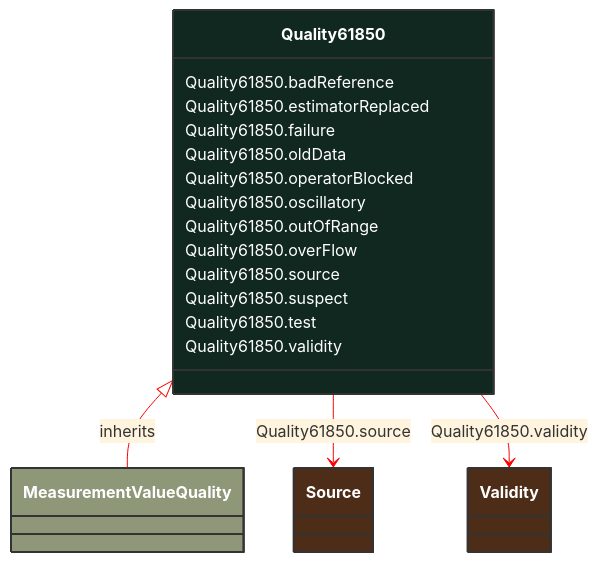
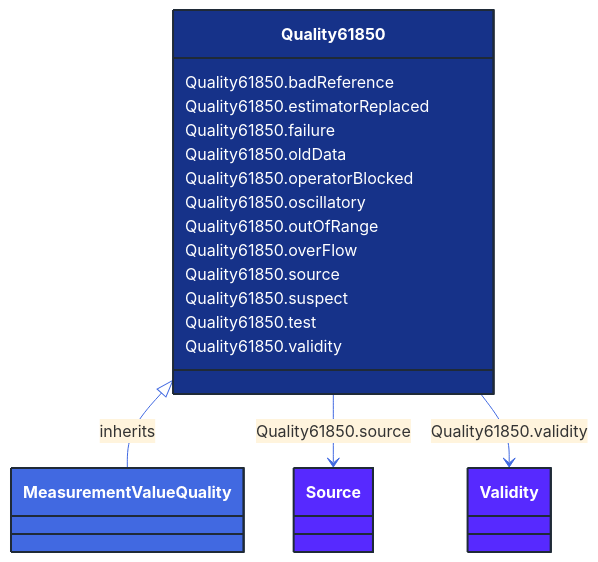
One commit to 3lbits/NoCIMExtensions changed the diagram in docs/Models/Profiles/Operation/AbstractClasses/Quality61850.md. Above: the diagram before and after it, drawn with Mermaid. The commit also changed 362 other files, not shown here.

First line of the commit message:
Update diagrams and styles for improved visual consistency

````diff
--- a/docs/Models/Profiles/Operation/AbstractClasses/Quality61850.md
+++ b/docs/Models/Profiles/Operation/AbstractClasses/Quality61850.md
@@ -10,38 +10,38 @@
 ```mermaid
-%%{init: {'theme':'base','themeVariables': {'lineColor': '#FF0000'}}}%%
+%%{init: {'theme':'base','themeVariables': {'lineColor': '#4169E1'}}}%%
 classDiagram
     class Quality61850
     click Quality61850 href "/Models/Profiles/Operation/AbstractClasses/Quality61850/"
-    style Quality61850 fill:#102820,stroke:#333,stroke-width:2px,rx:10,ry:10,color:white
+    style Quality61850 fill:#163289,stroke:#1F2A37,stroke-width:2px,rx:10,ry:10,color:white
 
         Quality61850 <|-- MeasurementValueQuality : inherits
 
         MeasurementValueQuality
             click MeasurementValueQuality href "/Models/Profiles/Operation/ConcreteClasses/MeasurementValueQuality/"
-            style MeasurementValueQuality fill:#8F9779,stroke:#333,stroke-width:2px,rx:10,ry:10,color:white
+            style MeasurementValueQuality fill:#4169E1,stroke:#1F2A37,stroke-width:2px,rx:10,ry:10,color:white
 
 
         Quality61850 --> Source : Quality61850.source
 
         Source
             click Source href "/Models/Profiles/Operation/Enumerations/Source/"
-            style Source fill:#4D2D18,stroke:#333,stroke-width:2px,rx:10,ry:10,color:white
+            style Source fill:#5729FF,stroke:#1F2A37,stroke-width:2px,rx:10,ry:10,color:white
         Quality61850 --> Validity : Quality61850.validity
 
         Validity
             click Validity href "/Models/Profiles/Operation/Enumerations/Validity/"
-            style Validity fill:#4D2D18,stroke:#333,stroke-width:2px,rx:10,ry:10,color:white
+            style Validity fill:#5729FF,stroke:#1F2A37,stroke-width:2px,rx:10,ry:10,color:white
 
         Quality61850 : Quality61850.badReference
         Quality61850 : Quality61850.estimatorReplaced
         Quality61850 : Quality61850.failure
         Quality61850 : Quality61850.oldData
         Quality61850 : Quality61850.operatorBlocked
         Quality61850 : Quality61850.oscillatory
         Quality61850 : Quality61850.outOfRange
         Quality61850 : Quality61850.overFlow
         Quality61850 : Quality61850.source
         Quality61850 : Quality61850.suspect
         Quality61850 : Quality61850.test
         Quality61850 : Quality61850.validity
 ```
````
